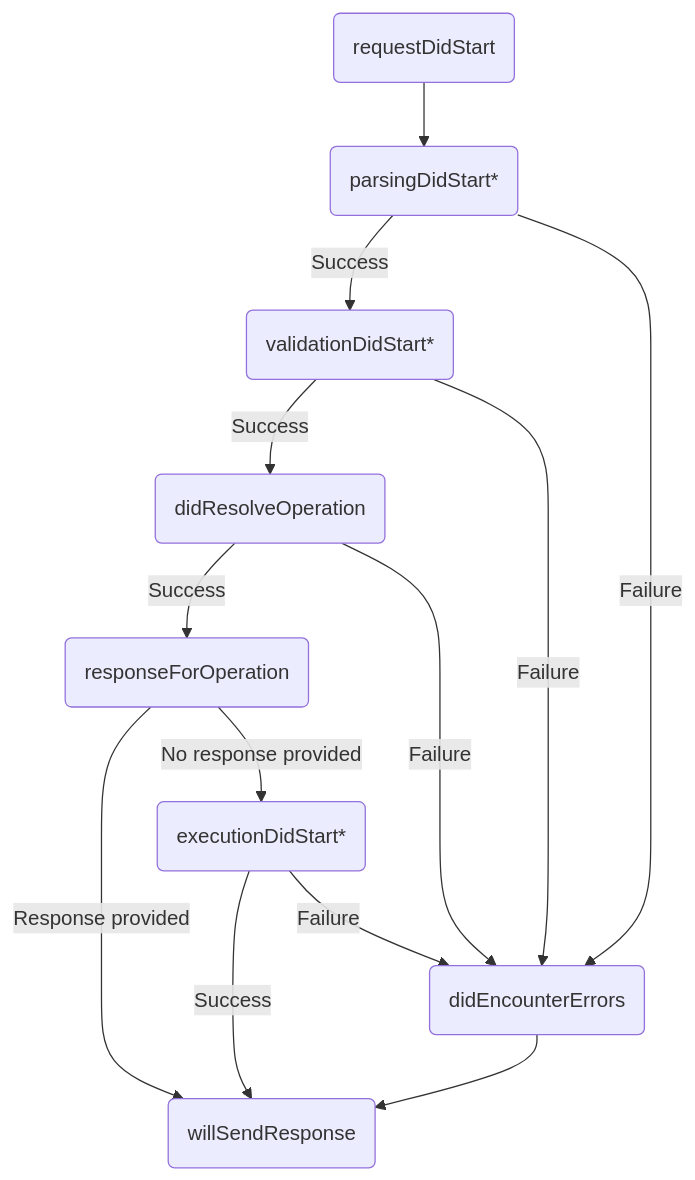
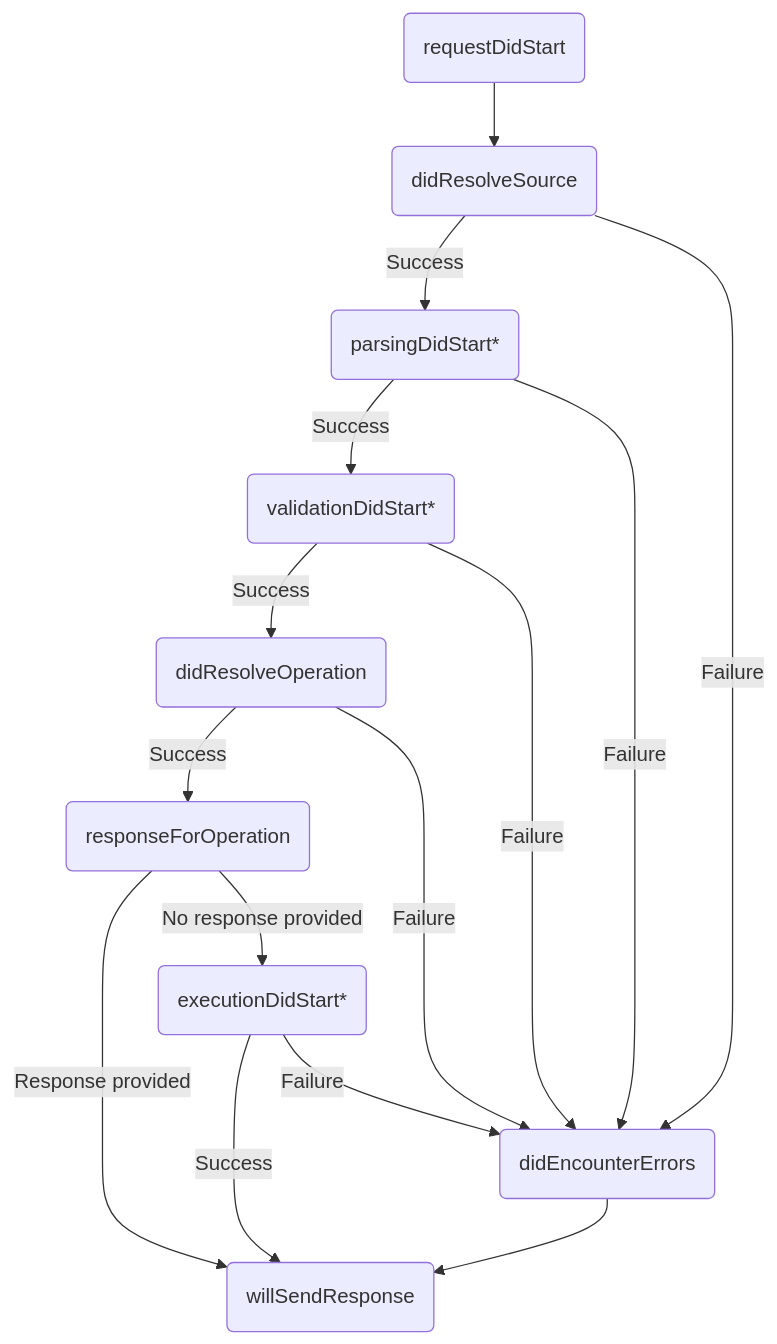
One commit to Goldfarbof/apollo-server changed the diagram in docs/source/integrations/plugins.md. Above: the diagram before and after it, drawn with Mermaid.

Commit message:
docs: Add `didResolveSource` to plugin Mermaid workflow.

````diff
--- a/docs/source/integrations/plugins.md
+++ b/docs/source/integrations/plugins.md
@@ -122,16 +122,17 @@
 ```mermaid
 graph TB;
-  request(requestDidStart) --> parsing(parsingDidStart*);
+  request(requestDidStart) --> resolveSource(didResolveSource);
+  resolveSource --"Success"--> parsing(parsingDidStart*);
   parsing --"Success"--> validation(validationDidStart*);
-  validation --"Success"--> resolve(didResolveOperation);
-  resolve --"Success"--> response(responseForOperation);
+  validation --"Success"--> resolveOperation(didResolveOperation);
+  resolveOperation --"Success"--> response(responseForOperation);
   execution(executionDidStart*);
   errors(didEncounterErrors);
   response --"Response provided"--> send;
   response --"No response provided"--> execution;
   execution --"Success"--> send(willSendResponse);
 
-  execution & resolve & parsing & validation --"Failure"--> errors;
+  execution & resolveSource & resolveOperation & parsing & validation --"Failure"--> errors;
   errors --> send;
   class server,request secondary;
 ```
````
